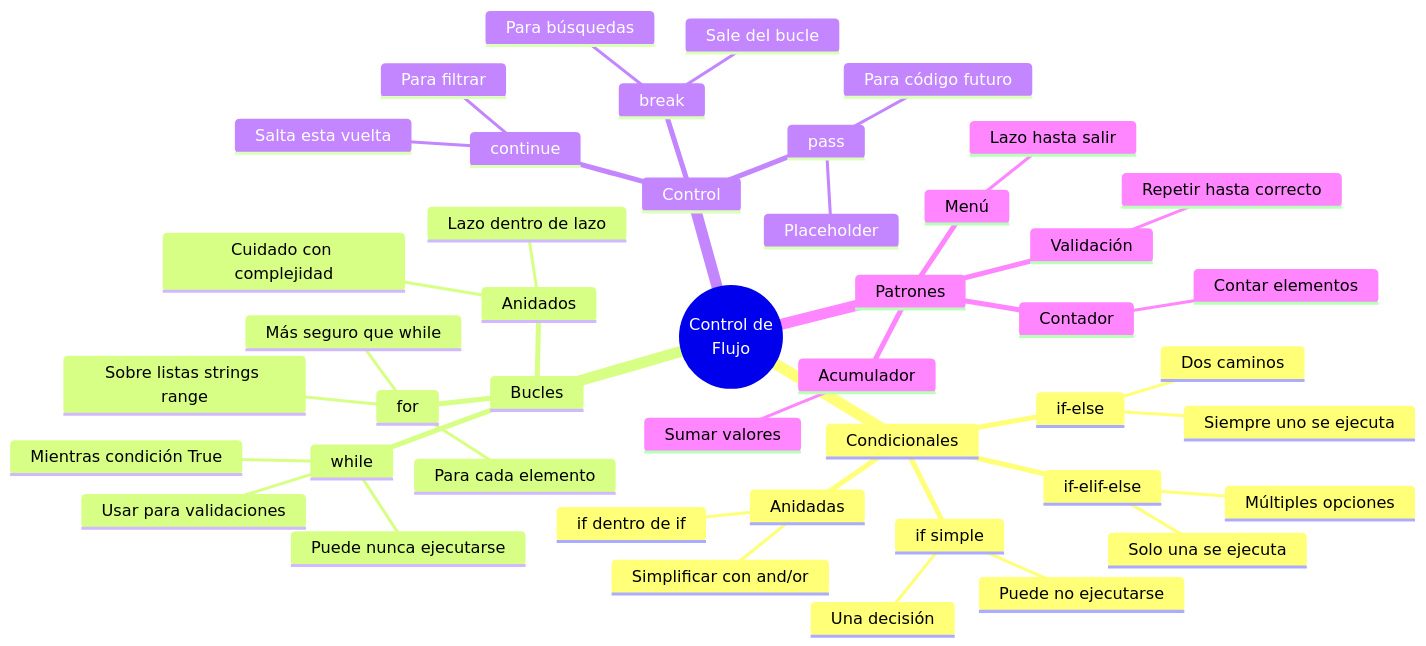
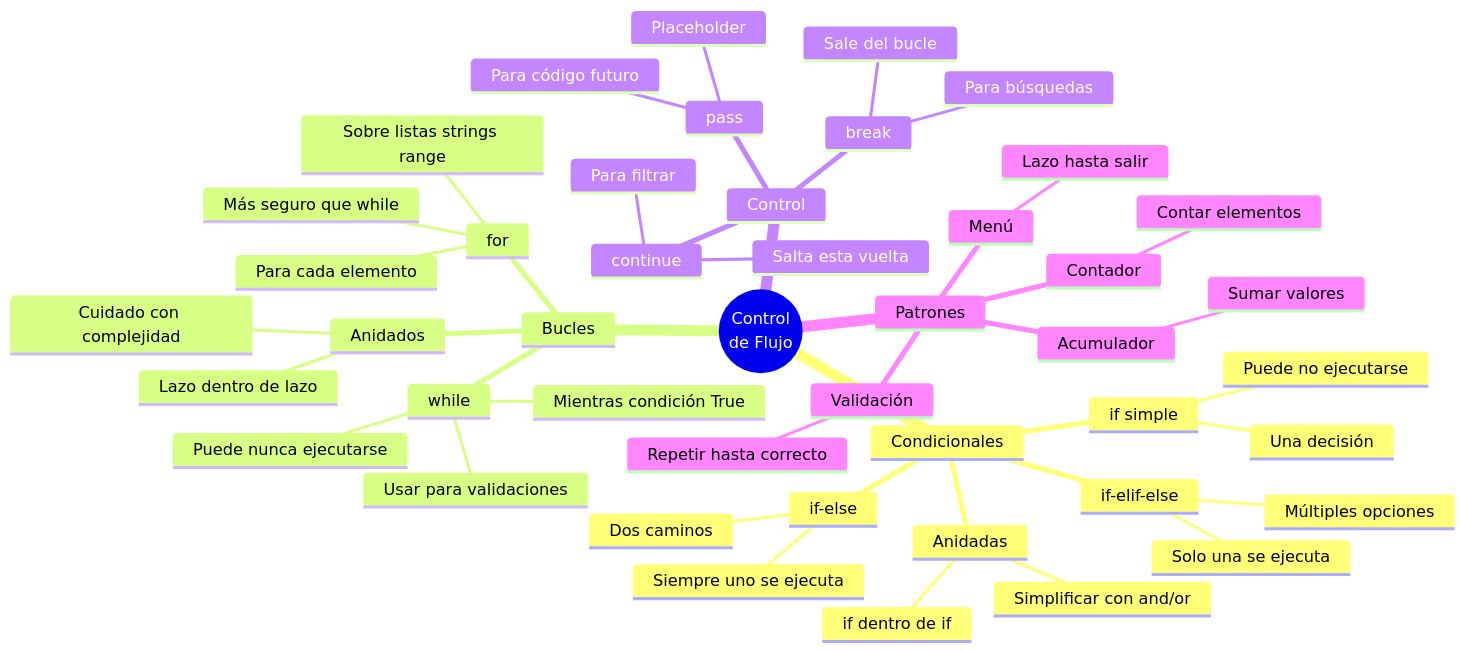
Before and after one commit to INGCOM-UNRN/apunte-ingreso: the ninth of 9 diagrams in 2_control_flujo.md, drawn with Mermaid. The commit also changed other lines of this file, not shown here.

````diff
--- a/2_control_flujo.md
+++ b/2_control_flujo.md
@@ -1899,48 +1844,48 @@
 ```{mermaid}
 mindmap
-  root((Control de<br/>Flujo))
+  root((Control<br/>de Flujo))
     Condicionales
       if simple
         Una decisión
         Puede no ejecutarse
       if-else
         Dos caminos
         Siempre uno se ejecuta
       if-elif-else
         Múltiples opciones
         Solo una se ejecuta
       Anidadas
         if dentro de if
         Simplificar con and/or
     Bucles
       while
         Mientras condición True
         Puede nunca ejecutarse
         Usar para validaciones
       for
         Para cada elemento
         Sobre listas strings range
         Más seguro que while
       Anidados
         Lazo dentro de lazo
         Cuidado con complejidad
     Control
       break
         Sale del bucle
         Para búsquedas
       continue
         Salta esta vuelta
         Para filtrar
       pass
         Placeholder
         Para código futuro
     Patrones
       Acumulador
         Sumar valores
       Contador
         Contar elementos
       Validación
         Repetir hasta correcto
       Menú
         Lazo hasta salir
 ```
````
